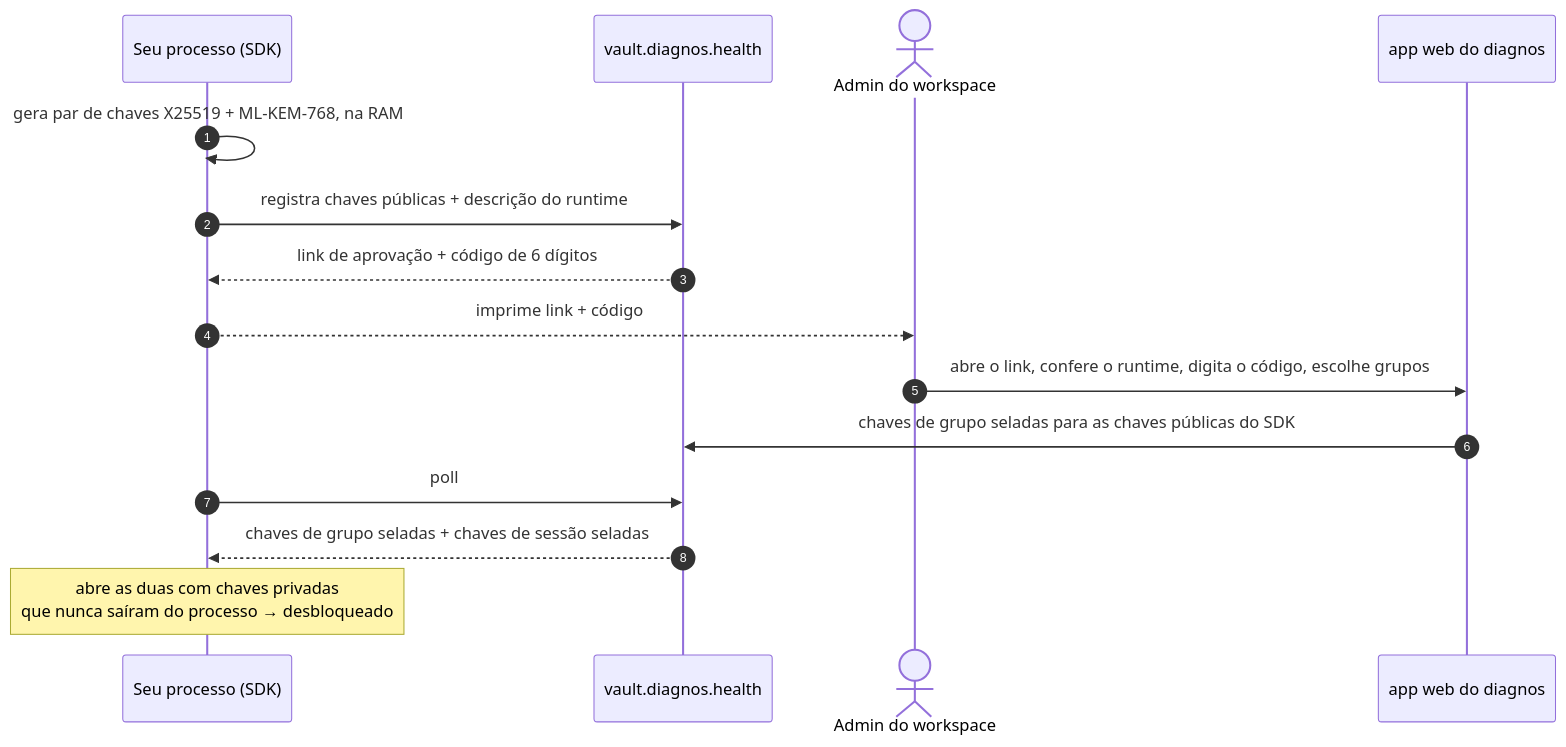
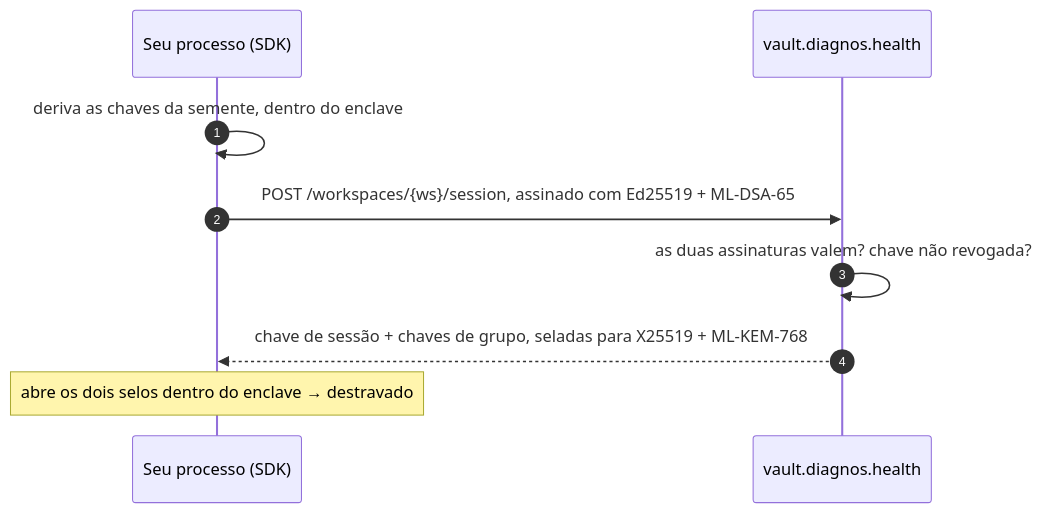
The diagram in docs/guides/authentication.pt-BR.md (diagnos-tech/integration), drawn with Mermaid before and after one commit. The commit also changed other lines of this file and 47 other files, not shown here.

````diff
--- a/docs/guides/authentication.pt-BR.md
+++ b/docs/guides/authentication.pt-BR.md
@@ -76,18 +96,12 @@
 ```mermaid
 sequenceDiagram
     autonumber
     participant P as Seu processo (SDK)
     participant V as vault.diagnos.health
-    actor A as Admin do workspace
-    participant W as app web do diagnos
 
-    P->>P: gera par de chaves X25519 + ML-KEM-768, na RAM
-    P->>V: registra chaves públicas + descrição do runtime
-    V-->>P: link de aprovação + código de 6 dígitos
-    P-->>A: imprime link + código
-    A->>W: abre o link, confere o runtime, digita o código, escolhe grupos
-    W->>V: chaves de grupo seladas para as chaves públicas do SDK
-    P->>V: poll
-    V-->>P: chaves de grupo seladas + chaves de sessão seladas
-    Note over P: abre as duas com chaves privadas<br/>que nunca saíram do processo → desbloqueado
+    P->>P: deriva as chaves da semente, dentro do enclave
+    P->>V: POST /workspaces/{ws}/session, assinado com Ed25519 + ML-DSA-65
+    V->>V: as duas assinaturas valem? chave não revogada?
+    V-->>P: chave de sessão + chaves de grupo, seladas para X25519 + ML-KEM-768
+    Note over P: abre os dois selos dentro do enclave → destravado
 ```
````
